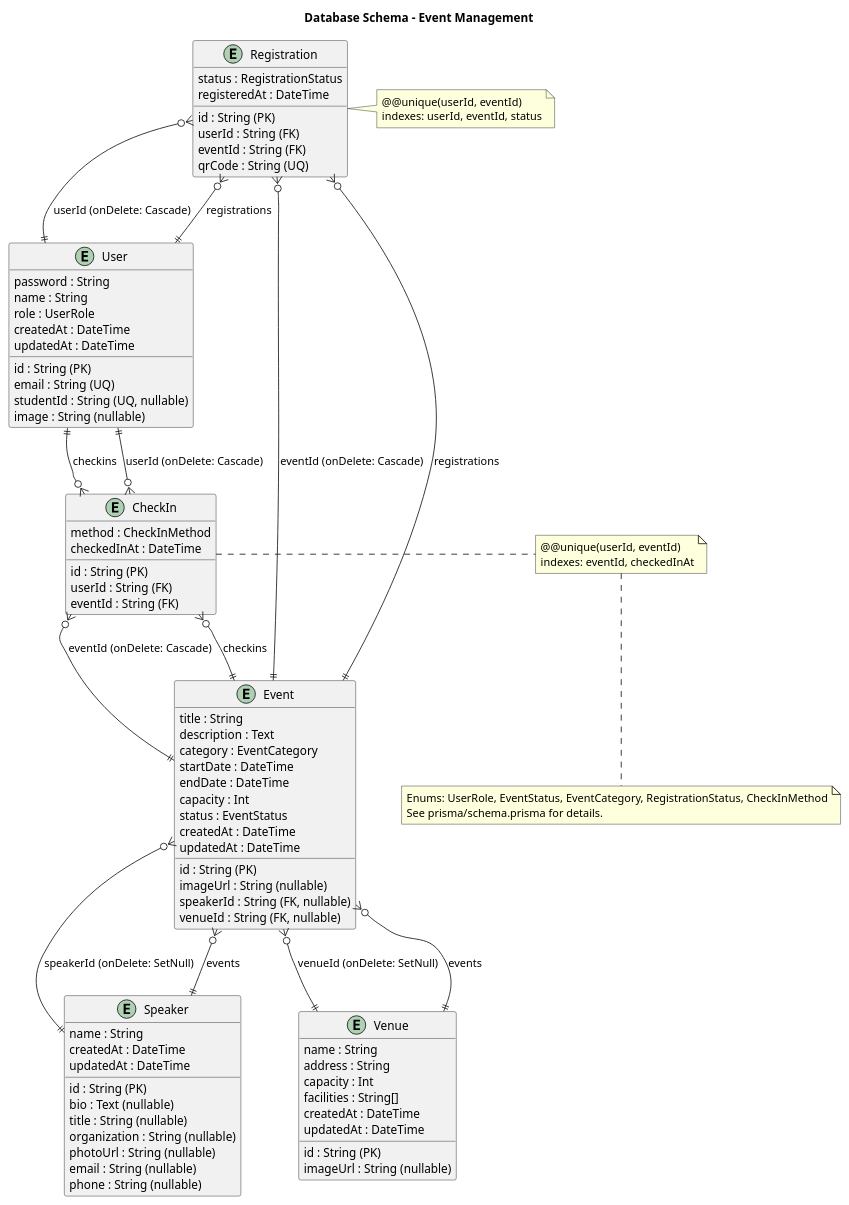
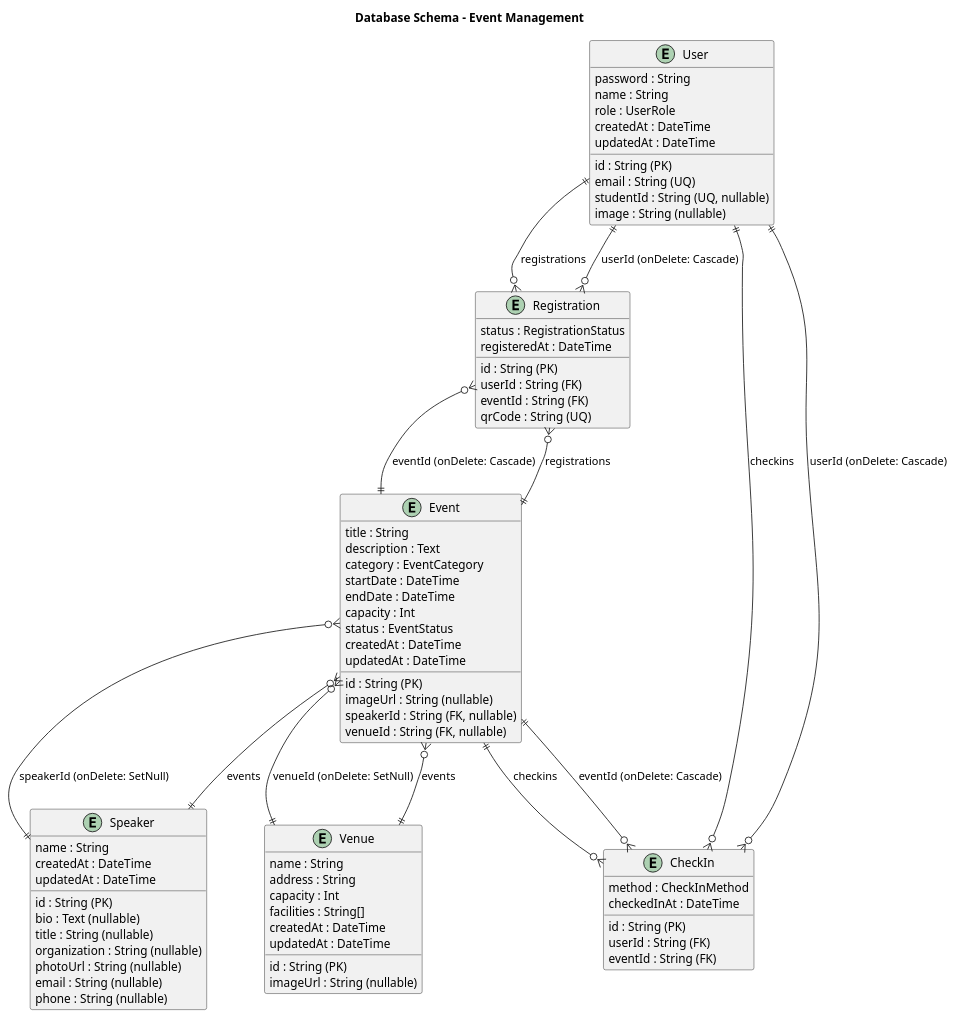
The diagram in DOCUMENTATION/diagrams/database_schema.puml (thaitranqq/Event_Management), drawn with PlantUML before and after one commit. The commit also changed 7 other files, not shown here.

Commit message:
docs(diagrams): remove note blocks (yellow notes) from diagrams

```diff
--- a/DOCUMENTATION/diagrams/database_schema.puml
+++ b/DOCUMENTATION/diagrams/database_schema.puml
@@ -1,107 +1,92 @@
 @startuml
 title Database Schema - Event Management
 
 ' Full schema generated from prisma/schema.prisma - includes types, PK/UQ and onDelete notes
 
 entity User {
   id : String (PK)
   email : String (UQ)
   password : String
   name : String
   role : UserRole
   studentId : String (UQ, nullable)
   image : String (nullable)
   createdAt : DateTime
   updatedAt : DateTime
 }
 
 entity Speaker {
   id : String (PK)
   name : String
   bio : Text (nullable)
   title : String (nullable)
   organization : String (nullable)
   photoUrl : String (nullable)
   email : String (nullable)
   phone : String (nullable)
   createdAt : DateTime
   updatedAt : DateTime
 }
 
 entity Venue {
   id : String (PK)
   name : String
   address : String
   capacity : Int
   facilities : String[]
   imageUrl : String (nullable)
   createdAt : DateTime
   updatedAt : DateTime
 }
 
 entity Event {
   id : String (PK)
   title : String
   description : Text
   category : EventCategory
   startDate : DateTime
   endDate : DateTime
   capacity : Int
   imageUrl : String (nullable)
   status : EventStatus
   speakerId : String (FK, nullable)
   venueId : String (FK, nullable)
   createdAt : DateTime
   updatedAt : DateTime
 }
 
 entity Registration {
   id : String (PK)
   userId : String (FK)
   eventId : String (FK)
   status : RegistrationStatus
   qrCode : String (UQ)
   registeredAt : DateTime
 }
 
 entity CheckIn {
   id : String (PK)
   userId : String (FK)
   eventId : String (FK)
   method : CheckInMethod
   checkedInAt : DateTime
 }
 
 ' Relations with onDelete behavior
 Registration }o--|| User : "userId (onDelete: Cascade)"
 Registration }o--|| Event : "eventId (onDelete: Cascade)"
 CheckIn }o--|| User : "userId (onDelete: Cascade)"
 CheckIn }o--|| Event : "eventId (onDelete: Cascade)"
 
 Event }o--|| Speaker : "speakerId (onDelete: SetNull)"
 Event }o--|| Venue : "venueId (onDelete: SetNull)"
 
 User ||--o{ Registration : "registrations"
 Event ||--o{ Registration : "registrations"
 User ||--o{ CheckIn : "checkins"
 Event ||--o{ CheckIn : "checkins"
 
 Speaker ||--o{ Event : "events"
 Venue ||--o{ Event : "events"
 
-note right of Registration
-  @@unique(userId, eventId)
-  indexes: userId, eventId, status
-end note
-
-note right of CheckIn
-  @@unique(userId, eventId)
-  indexes: eventId, checkedInAt
-end note
-
-note bottom
-  Enums: UserRole, EventStatus, EventCategory, RegistrationStatus, CheckInMethod
-  See prisma/schema.prisma for details.
-end note
-
 @enduml
```
